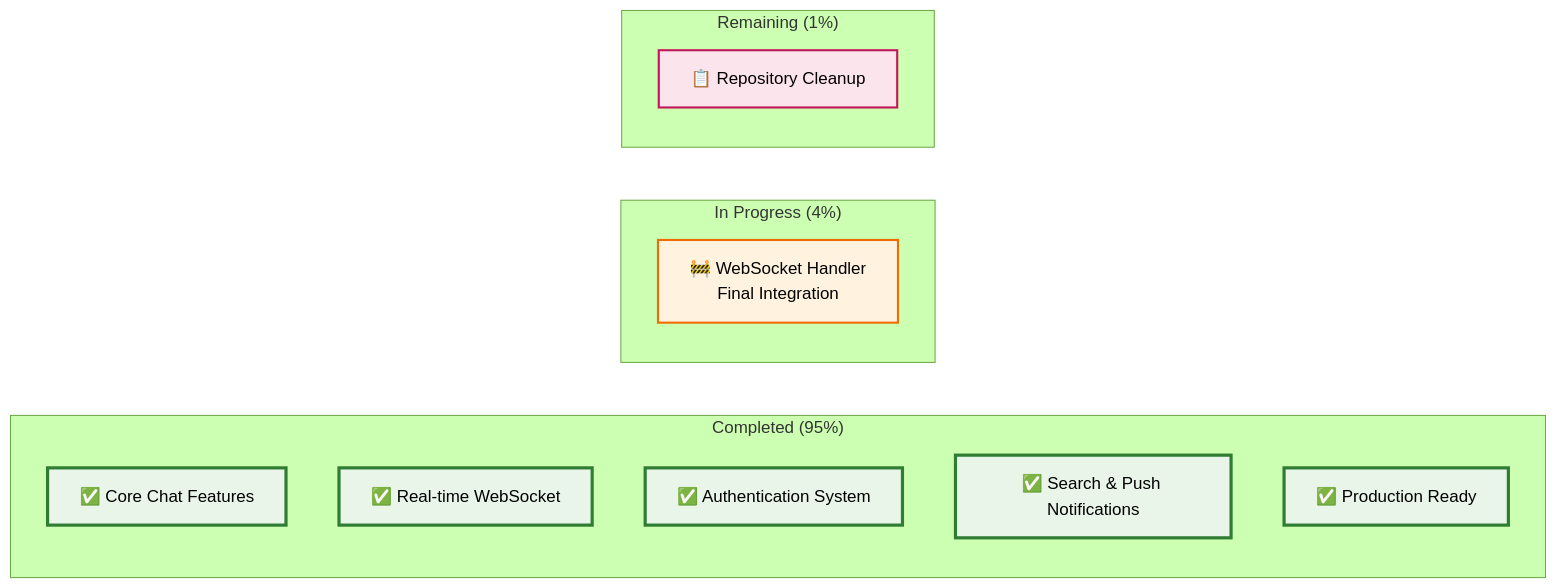
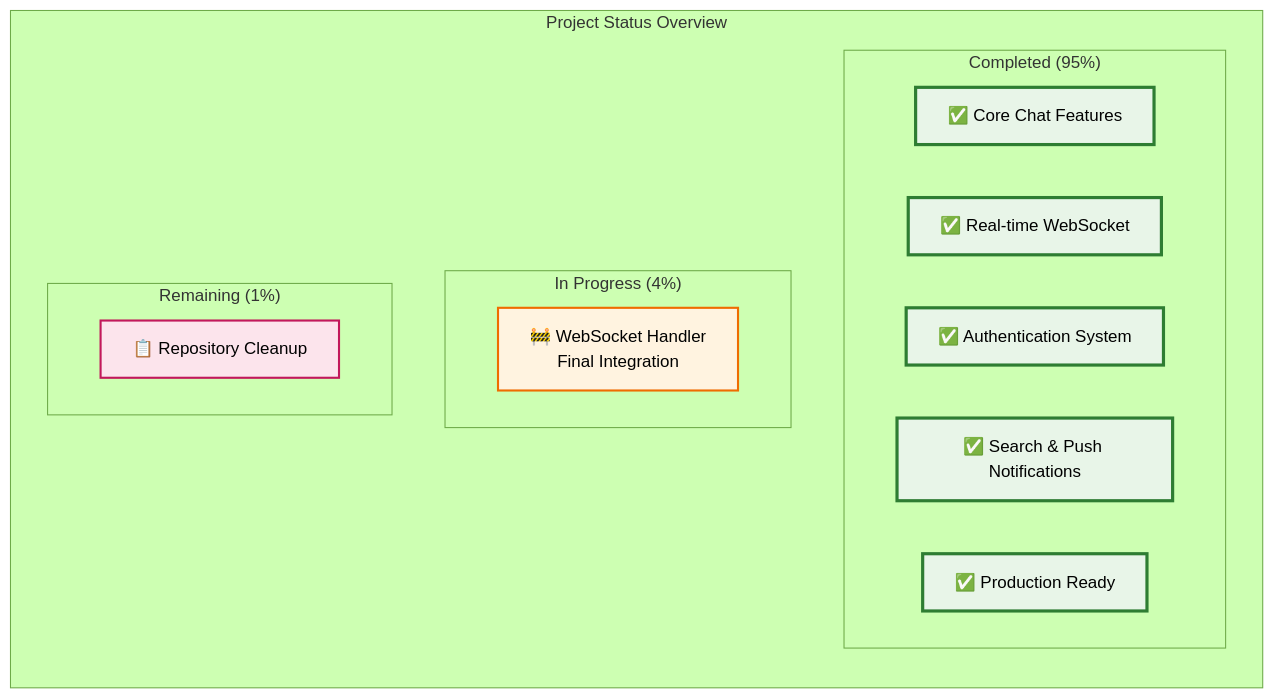
Before and after one commit to that-in-rust/campfire-on-rust: diagram 11 of 12 in README.md, drawn with Mermaid (forest theme). The commit also changed other lines of this file, not shown here.

````diff
--- a/README.md
+++ b/README.md
@@ -975,29 +981,30 @@
 ```mermaid
-graph LR
-    subgraph "Completed (95%)"
+graph TD
+    subgraph "Project Status Overview"
         direction TB
-        C1[✅ Core Chat Features]
-        C2[✅ Real-time WebSocket]
-        C3[✅ Authentication System]
-        C4[✅ Search & Push Notifications]
-        C5[✅ Production Ready]
-    end
-    
-    subgraph "In Progress (4%)"
-        direction TB
-        P1[🚧 WebSocket Handler<br/>Final Integration]
-    end
-    
-    subgraph "Remaining (1%)"
-        direction TB
-        R1[📋 Repository Cleanup]
+        
+        subgraph "Completed (95%)"
+            C1[✅ Core Chat Features]
+            C2[✅ Real-time WebSocket]
+            C3[✅ Authentication System]
+            C4[✅ Search & Push Notifications]
+            C5[✅ Production Ready]
+        end
+        
+        subgraph "In Progress (4%)"
+            P1[🚧 WebSocket Handler<br/>Final Integration]
+        end
+        
+        subgraph "Remaining (1%)"
+            R1[📋 Repository Cleanup]
+        end
     end
     
     classDef completed fill:#e8f5e8,stroke:#2e7d32,stroke-width:3px
     classDef progress fill:#fff3e0,stroke:#ef6c00,stroke-width:2px
     classDef remaining fill:#fce4ec,stroke:#c2185b,stroke-width:2px
     
     class C1,C2,C3,C4,C5 completed
     class P1 progress
     class R1 remaining
 ```
````
